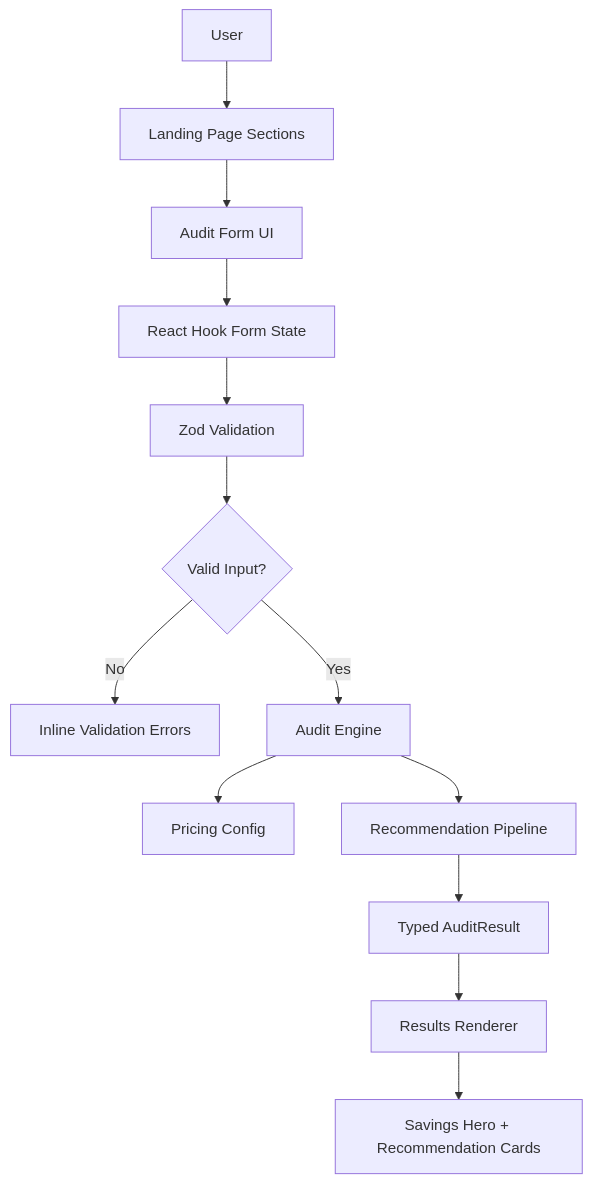
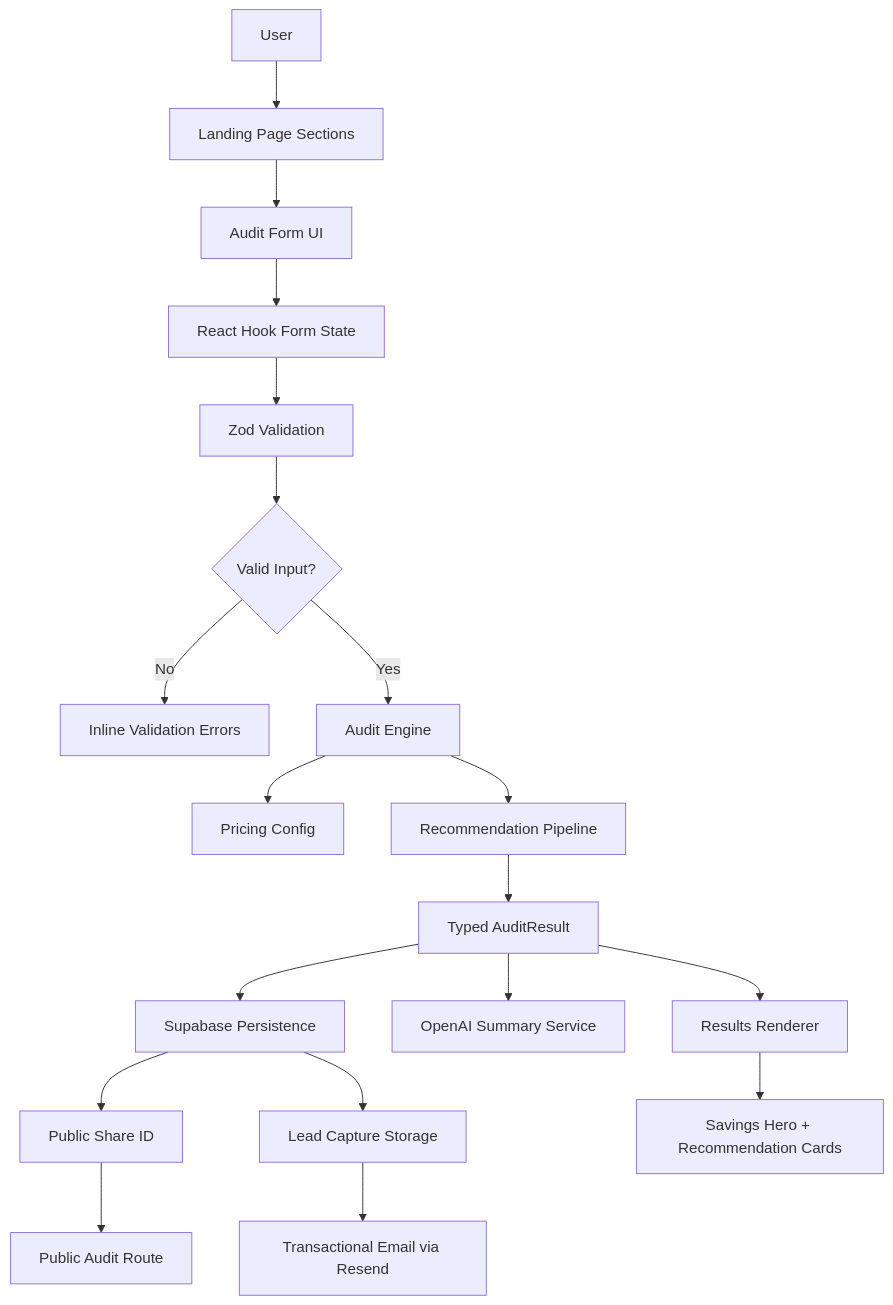
The diagram in ARCHITECTURE.md (BudatiGayathri30/credex-ai-spend-audit), drawn with Mermaid before and after one commit. The commit also changed other lines of this file and 2 other files, not shown here.

Commit message:
docs: update backend workflow and architecture documentation

````diff
--- a/ARCHITECTURE.md
+++ b/ARCHITECTURE.md
@@ -69,15 +188,34 @@
 ```mermaid
 flowchart TD
   A[User] --> B[Landing Page Sections]
   B --> C[Audit Form UI]
   C --> D[React Hook Form State]
   D --> E[Zod Validation]
+
   E --> F{Valid Input?}
+
   F -->|No| G[Inline Validation Errors]
+
   F -->|Yes| H[Audit Engine]
+
   H --> I[Pricing Config]
   H --> J[Recommendation Pipeline]
+
   J --> K[Typed AuditResult]
+
   K --> L[Results Renderer]
-  L --> M[Savings Hero + Recommendation Cards]
+
+  K --> M[OpenAI Summary Service]
+
+  K --> N[Supabase Persistence]
+
+  N --> O[Public Share ID]
+
+  O --> P[Public Audit Route]
+
+  N --> Q[Lead Capture Storage]
+
+  Q --> R[Transactional Email via Resend]
+
+  L --> S[Savings Hero + Recommendation Cards]
 ```
````
